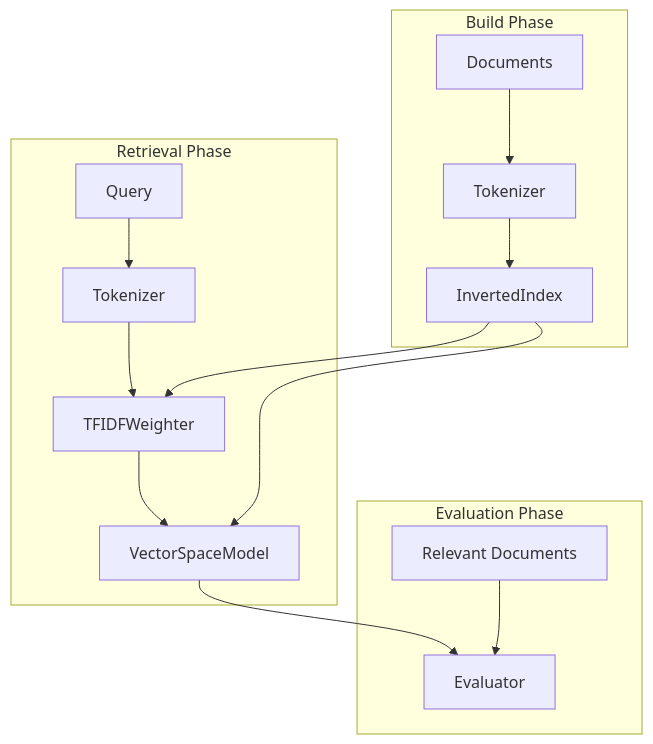
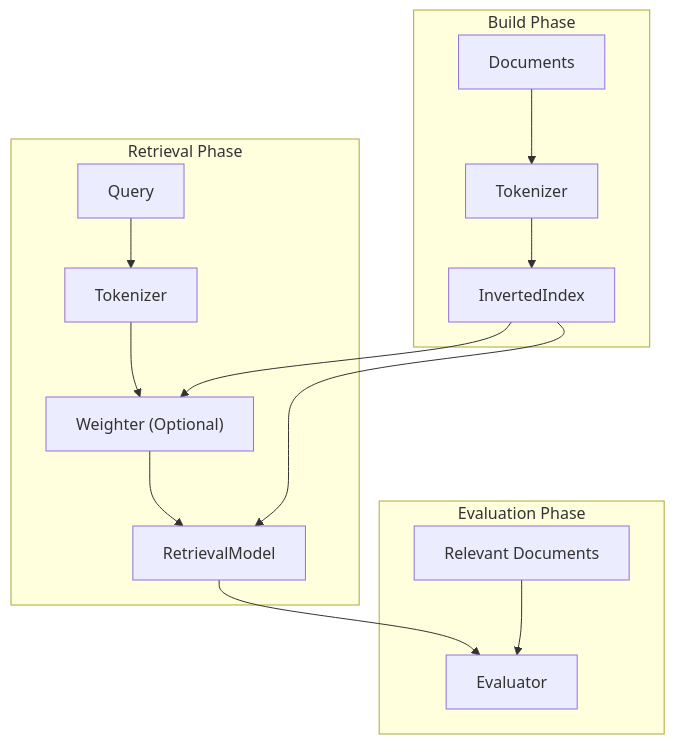
Before and after one commit to 2j2h5/NLP-IR-team-project: the diagram in README.md, drawn with Mermaid. The commit also changed other lines of this file, not shown here.

First line of the commit message:
docs: update README with modular architecture and documentation links

````diff
--- a/README.md
+++ b/README.md
@@ -132,32 +148,32 @@
 ```mermaid
 flowchart TD
     subgraph Build_Phase["Build Phase"]
         docs["Documents"]
         tokenizer1["Tokenizer"]
         index["InvertedIndex"]
 
         docs --> tokenizer1
         tokenizer1 --> index
     end
 
     subgraph Retrieval_Phase["Retrieval Phase"]
         query["Query"]
         tokenizer2["Tokenizer"]
-        weighter["TFIDFWeighter"]
-        vsm["VectorSpaceModel"]
+        weighter["Weighter (Optional)"]
+        model["RetrievalModel"]
 
         query --> tokenizer2
         tokenizer2 --> weighter
         index --> weighter
-        weighter --> vsm
-        index --> vsm
+        weighter --> model
+        index --> model
     end
 
     subgraph Evaluation_Phase["Evaluation Phase"]
         relevance["Relevant Documents"]
         evaluator["Evaluator"]
 
-        vsm --> evaluator
+        model --> evaluator
         relevance --> evaluator
     end
 ```
````
